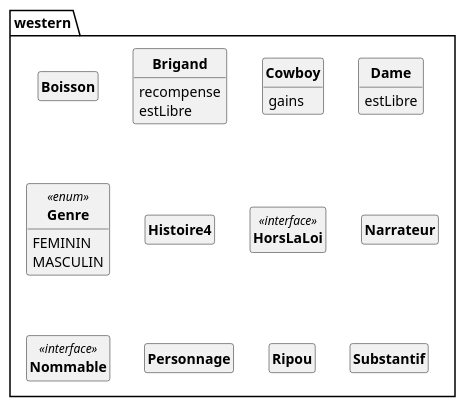
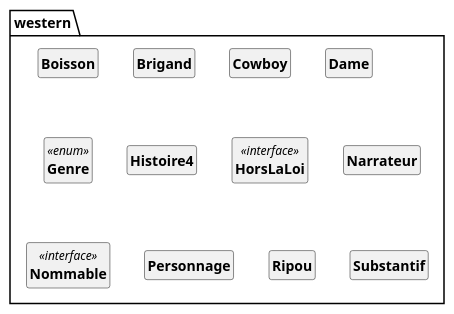
Before and after one commit to DimToups/Java-to-PUML-converter: the diagram in out/production/p21_projet/pumlFromJava/westernClass.puml, drawn with PlantUML. The commit also changed 4 other files, not shown here.

```diff
--- a/out/production/p21_projet/pumlFromJava/westernClass.puml
+++ b/out/production/p21_projet/pumlFromJava/westernClass.puml
@@ -1,54 +1,36 @@
 @startuml
 'https://plantuml.com/class-diagram
 skinparam style strictuml
 skinparam classAttributeIconSize 0
 skinparam classFontStyle Bold
 
 hide empty members
 
 
 package western{
 
 class Boisson{
-
 }
 class Brigand{
-	recompense
-	estLibre
-
 }
 class Cowboy{
-	gains
-
 }
 class Dame{
-	estLibre
-
 }
 class Genre <<enum>>{
-	FEMININ
-	MASCULIN
-
 }
 class Histoire4{
-
 }
 class HorsLaLoi <<interface>>{
-
 }
 class Narrateur{
-
 }
 class Nommable <<interface>>{
-
 }
 class Personnage{
-
 }
 class Ripou{
-
 }
 class Substantif{
-
 }
 @enduml
```
